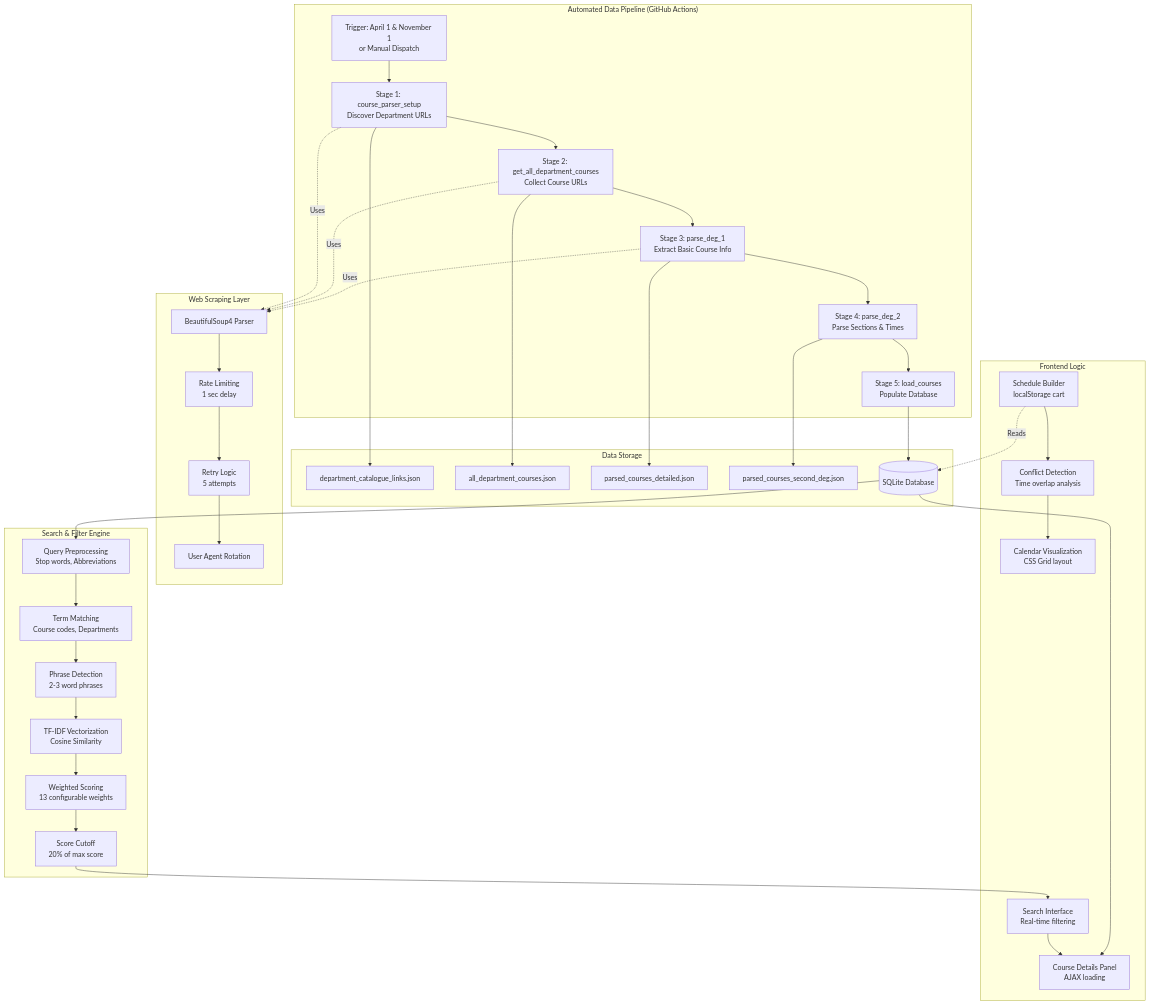
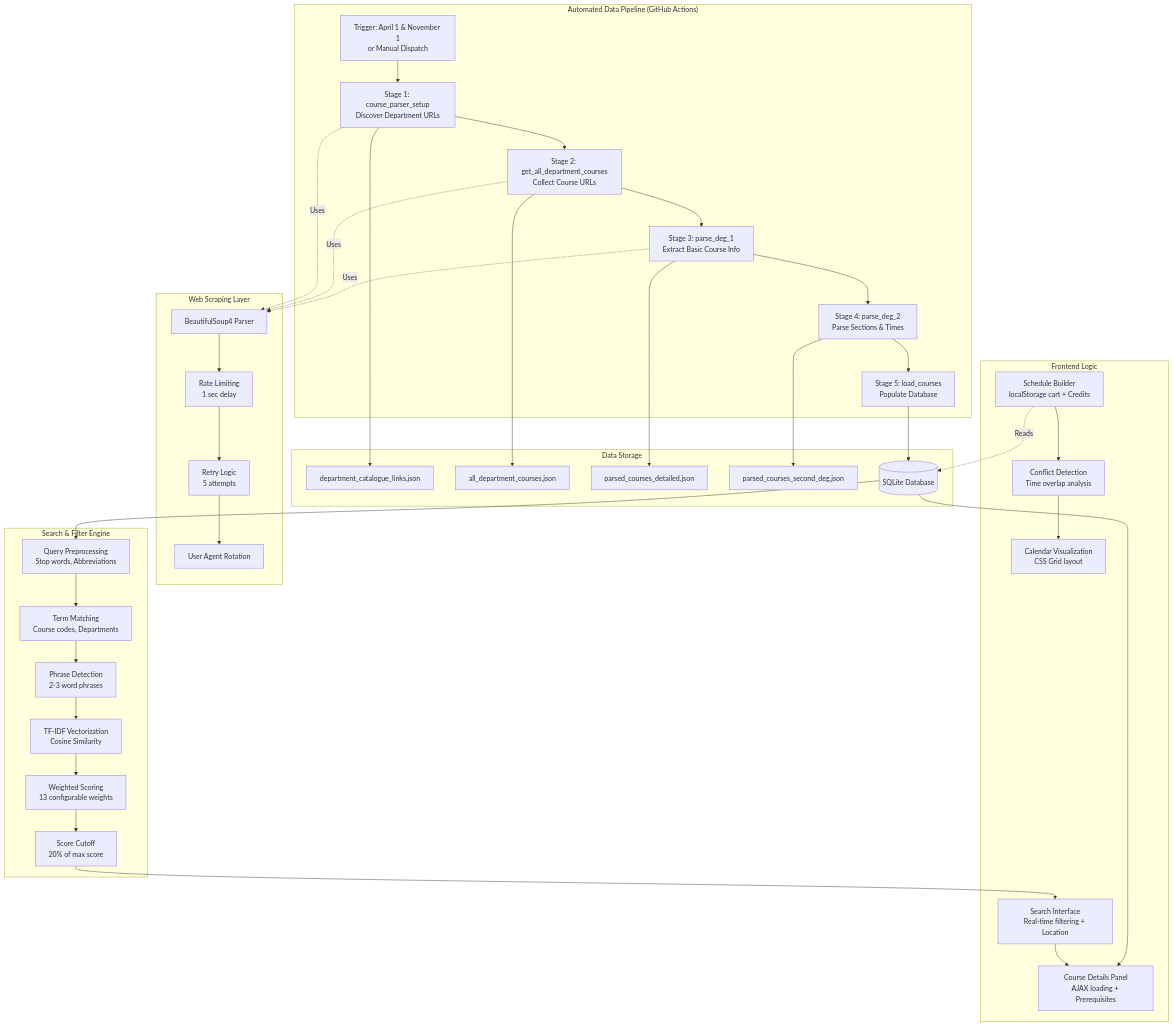
The third of 5 diagrams in README.md (ac-i2i-engineering/amherst-coursework), drawn with Mermaid before and after one commit. The commit also changed other lines of this file and 6 other files, not shown here.

Commit message:
Enhance course search functionality: add location-based matching, update course details display, and improve cart total credits calculation

````diff
--- a/README.md
+++ b/README.md
@@ -256,72 +256,72 @@
 ```mermaid
 graph TD
     subgraph automation ["Automated Data Pipeline (GitHub Actions)"]
         A1[Trigger: April 1 & November 1<br/>or Manual Dispatch]
         A1 --> A2[Stage 1: course_parser_setup<br/>Discover Department URLs]
         A2 --> A3[Stage 2: get_all_department_courses<br/>Collect Course URLs]
         A3 --> A4[Stage 3: parse_deg_1<br/>Extract Basic Course Info]
         A4 --> A5[Stage 4: parse_deg_2<br/>Parse Sections & Times]
         A5 --> A6[Stage 5: load_courses<br/>Populate Database]
     end
     
     subgraph scraping ["Web Scraping Layer"]
         B1[BeautifulSoup4 Parser]
         B2[Rate Limiting<br/>1 sec delay]
         B3[Retry Logic<br/>5 attempts]
         B4[User Agent Rotation]
         
         B1 --> B2
         B2 --> B3
         B3 --> B4
     end
     
     subgraph storage ["Data Storage"]
         C1[department_catalogue_links.json]
         C2[all_department_courses.json]
         C3[parsed_courses_detailed.json]
         C4[parsed_courses_second_deg.json]
         C5[(SQLite Database)]
     end
     
     subgraph search ["Search & Filter Engine"]
         D1[Query Preprocessing<br/>Stop words, Abbreviations]
         D2[Term Matching<br/>Course codes, Departments]
         D3[Phrase Detection<br/>2-3 word phrases]
         D4[TF-IDF Vectorization<br/>Cosine Similarity]
         D5[Weighted Scoring<br/>13 configurable weights]
         D6[Score Cutoff<br/>20% of max score]
         
         D1 --> D2
         D2 --> D3
         D3 --> D4
         D4 --> D5
         D5 --> D6
     end
     
     subgraph frontend ["Frontend Logic"]
-        E1[Search Interface<br/>Real-time filtering]
-        E2[Course Details Panel<br/>AJAX loading]
-        E3[Schedule Builder<br/>localStorage cart]
+        E1[Search Interface<br/>Real-time filtering + Location]
+        E2[Course Details Panel<br/>AJAX loading + Prerequisites]
+        E3[Schedule Builder<br/>localStorage cart + Credits]
         E4[Conflict Detection<br/>Time overlap analysis]
         E5[Calendar Visualization<br/>CSS Grid layout]
         
         E1 --> E2
         E3 --> E4
         E4 --> E5
     end
     
     A2 --> C1
     A3 --> C2
     A4 --> C3
     A5 --> C4
     A6 --> C5
     
     A2 -.->|Uses| B1
     A3 -.->|Uses| B1
     A4 -.->|Uses| B1
     
     C5 --> D1
     D6 --> E1
     C5 --> E2
     E3 -.->|Reads| C5
 ```
````
